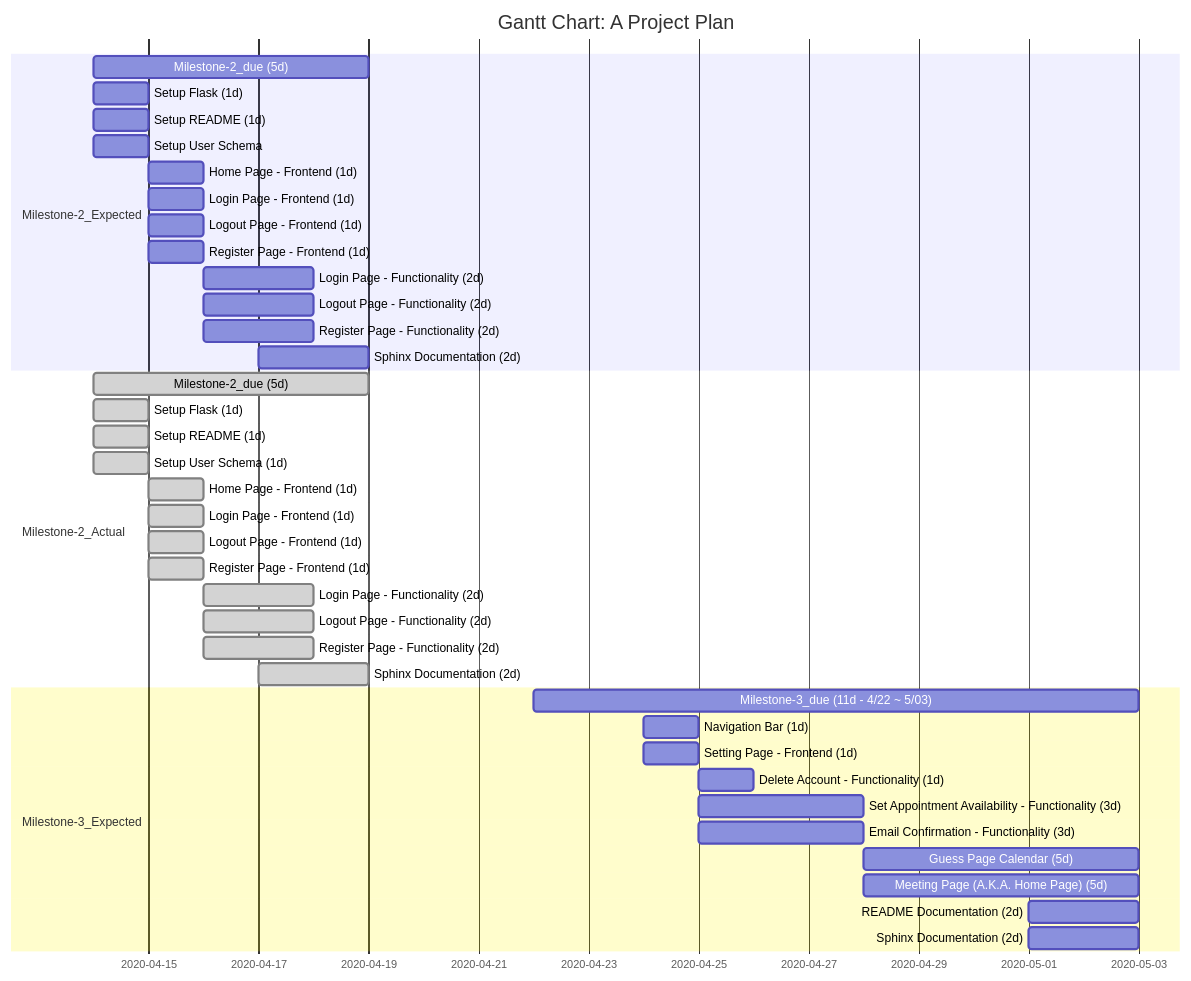
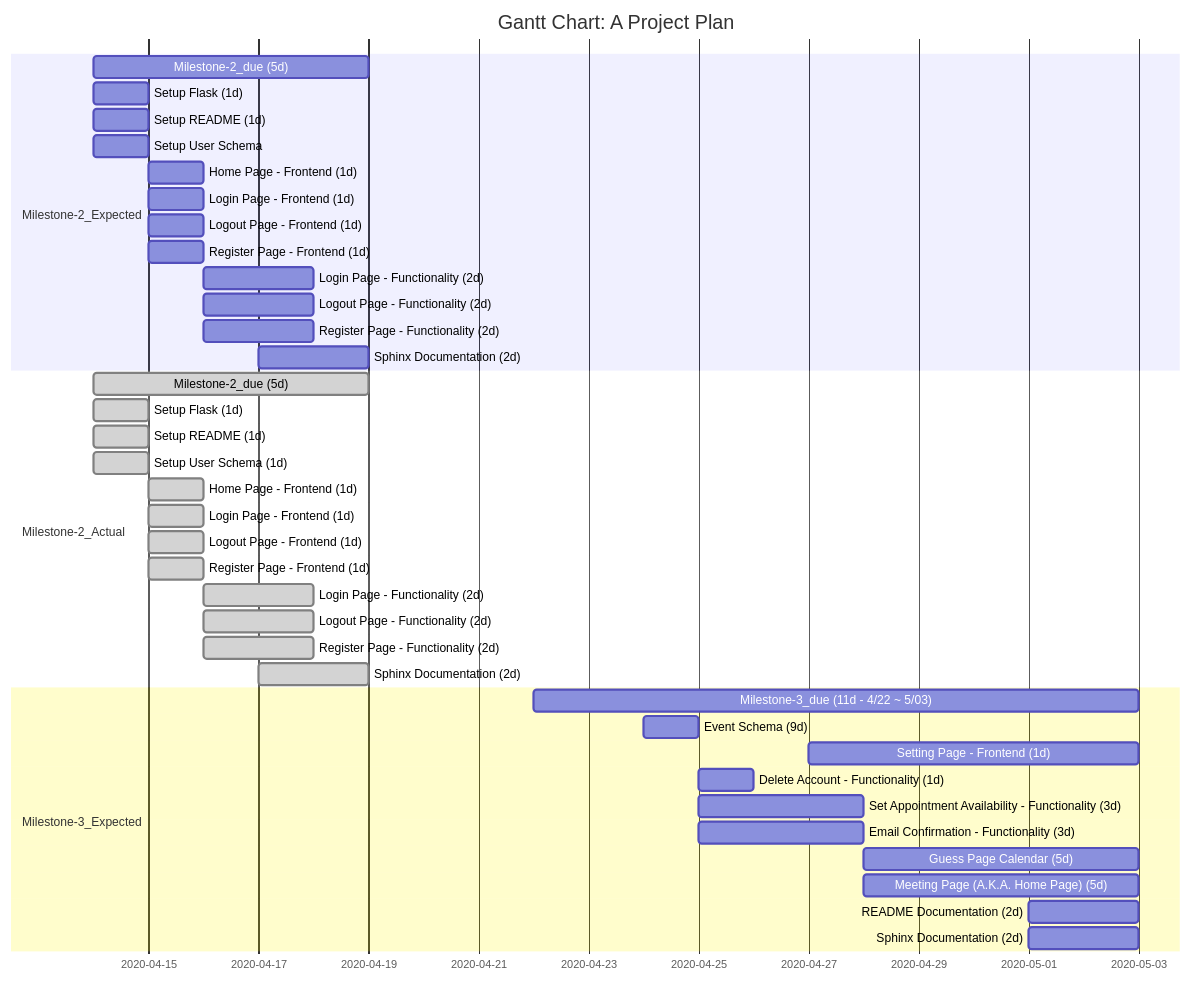
The diagram in docs/gantt-chart/gantt-chart.md (ThaiQ/CalendarApp_STAKr), drawn with Mermaid before and after one commit.

Commit message:
fixed milestone3 gantt-chart

````diff
--- a/docs/gantt-chart/gantt-chart.md
+++ b/docs/gantt-chart/gantt-chart.md
@@ -1,59 +1,59 @@
 ```mermaid
 gantt
     title Gantt Chart: A Project Plan
 
     dateFormat  YYYY-MM-DD
 
     section Milestone-2_Expected
     Milestone-2_due (5d)                : m1, 2020-04-14, 5d
     Setup Flask (1d)                    : setup, 2020-04-14, 1d
     Setup README (1d)                   : 2020-04-14, 1d
 
     Setup User Schema : 2020-04-14, 1d
     Home Page - Frontend (1d)           : home, after setup, 1d
     Login Page - Frontend (1d)          : log, after setup, 1d
     Logout Page - Frontend (1d)         : log, after setup, 1d
     Register Page - Frontend (1d)       : register, after setup, 1d
 
     Login Page - Functionality (2d)     : after log, 2d
     Logout Page - Functionality (2d)    : after log, 2d
     Register Page - Functionality (2d)  : after register, 2d
 
     Sphinx Documentation (2d)           : 2020-04-17, 2d
 
 
 
     section Milestone-2_Actual
     Milestone-2_due (5d)                : done, 2020-04-14, 5d
     Setup Flask (1d)                    : done, setup, 2020-04-14, 1d
     Setup README (1d)                   : done, 2020-04-14, 1d
 
     Setup User Schema (1d)              : done, 2020-04-14, 1d
     Home Page - Frontend (1d)           : done, home, after setup, 1d
     Login Page - Frontend (1d)          : done, log, after setup, 1d
     Logout Page - Frontend (1d)         : done, log, after setup, 1d
     Register Page - Frontend (1d)       : done, register, after setup, 1d
 
     Login Page - Functionality (2d)     : done, after log, 2d
     Logout Page - Functionality (2d)    : done, after log, 2d
     Register Page - Functionality (2d)  : done, after register, 2d
 
     Sphinx Documentation (2d)           : done, 2020-04-17, 2d
 
 
 
     section Milestone-3_Expected
-    Milestone-3_due (11d - 4/22 ~ 5/03)                                   : 2020-04-22, 11d
-    Navigation Bar (1d)                                     : stage1, 2020-04-24, 1d
-    Setting Page - Frontend (1d)                            : 2020-04-24, 1d
+    Milestone-3_due (11d - 4/22 ~ 5/03)                     : 2020-04-22, 11d
+    Event Schema (9d)                                       : stage1, 2020-04-24, 1d
+    Setting Page - Frontend (1d)                            : 2020-04-27, 6d
 
     Delete Account - Functionality (1d)                     : after stage1, 1d
     Set Appointment Availability - Functionality (3d)       : stage2, after stage1, 3d
     Email Confirmation - Functionality (3d)                 : after stage1, 3d
 
     Guess Page Calendar (5d)                                : after stage2, 5d
     Meeting Page (A.K.A. Home Page) (5d)                    : after stage2, 5d
 
     README Documentation (2d)                               : 2020-05-01, 2d
     Sphinx Documentation (2d)                               : 2020-05-01, 2d
 ```
````
